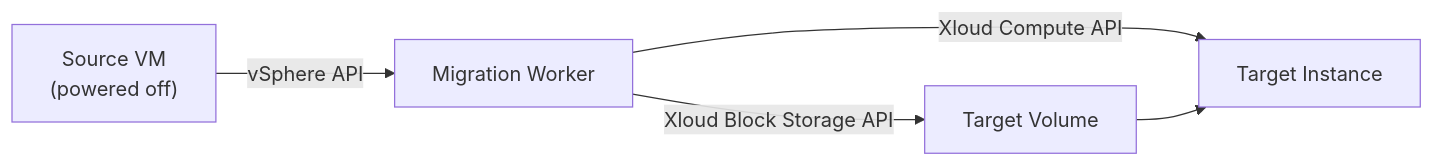
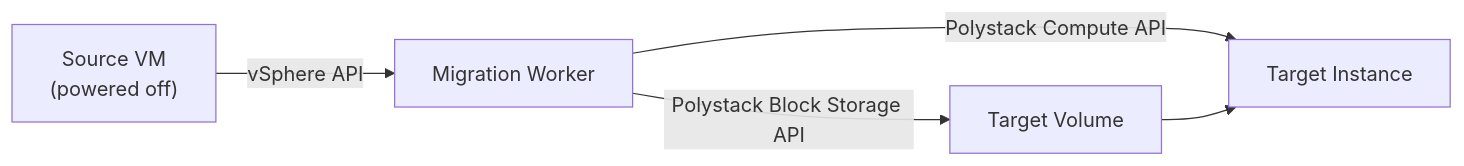
Before and after one commit to ankur-kumar87/docs-polystack: the second of 3 diagrams in services/migration/admin-guide/architecture.mdx, drawn with Mermaid. The commit also changed other lines of this file and 425 other files, not shown here.

````diff
--- a/services/migration/admin-guide/architecture.mdx
+++ b/services/migration/admin-guide/architecture.mdx
@@ -76,7 +76,7 @@
 ```mermaid
 graph LR
     S["Source VM<br/>(powered off)"] -->|vSphere API| W["Migration Worker"]
-    W -->|Xloud Block Storage API| V["Target Volume"]
-    W -->|Xloud Compute API| I["Target Instance"]
+    W -->|Polystack Block Storage API| V["Target Volume"]
+    W -->|Polystack Compute API| I["Target Instance"]
     V --> I
 ```
````
